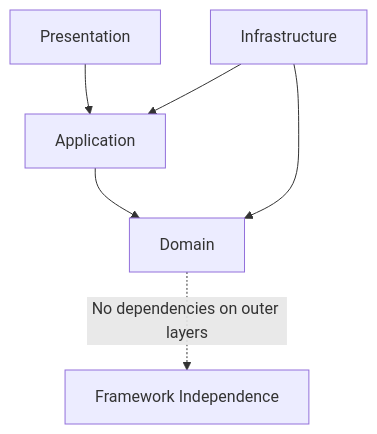
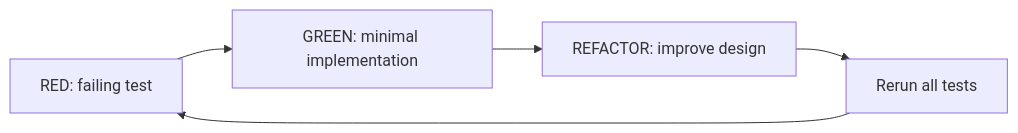
Before and after one commit to Thommans-Playground/coursera-IBM-RAG-Agentic-AI-Professional-Certificate: the seventh of 12 diagrams in course3/instructions.md, drawn with Mermaid. The commit also changed other lines of this file, not shown here.

````diff
--- a/course3/instructions.md
+++ b/course3/instructions.md
@@ -563,9 +393,7 @@
 ```mermaid
-flowchart TD
-    P["Presentation"] --> A["Application"]
-    I["Infrastructure"] --> A
-    A --> D["Domain"]
-    I --> D
-
-    D -. "No dependencies on outer layers" .-> X["Framework Independence"]
+flowchart LR
+    RED["RED: failing test"] --> GREEN["GREEN: minimal implementation"]
+    GREEN --> REF["REFACTOR: improve design"]
+    REF --> RUN["Rerun all tests"]
+    RUN --> RED
 ```
````
